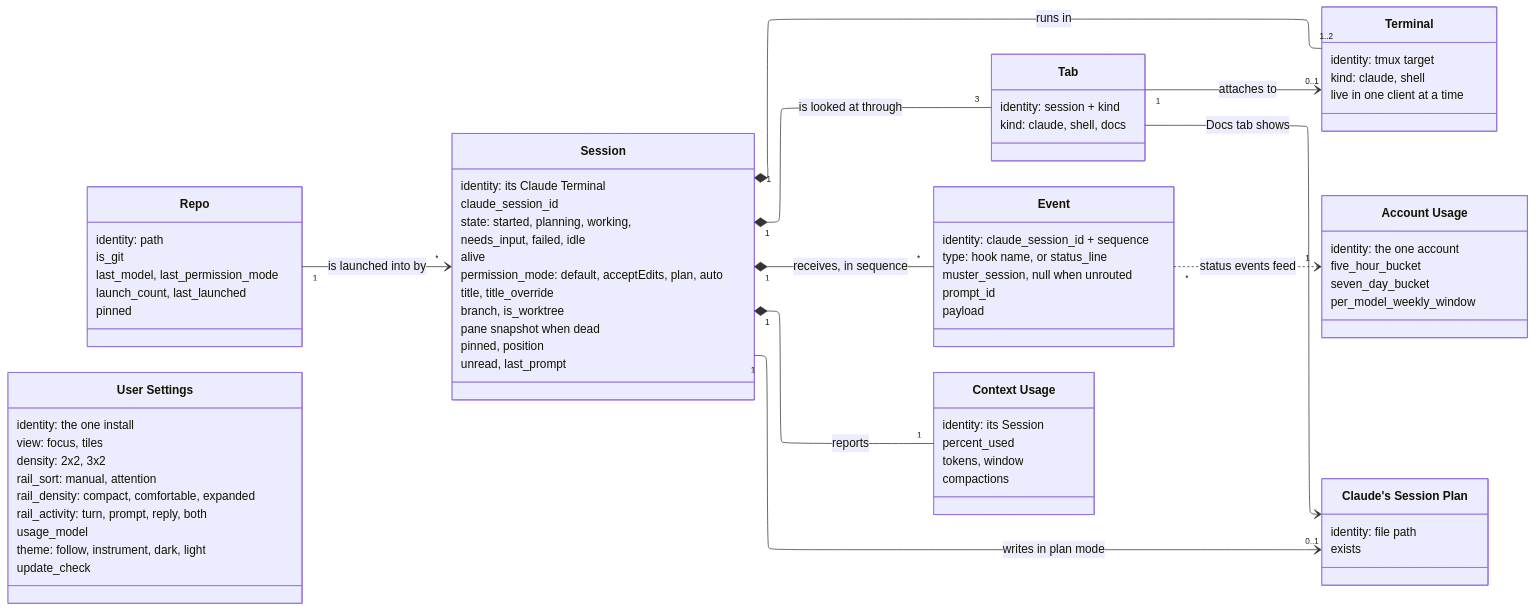
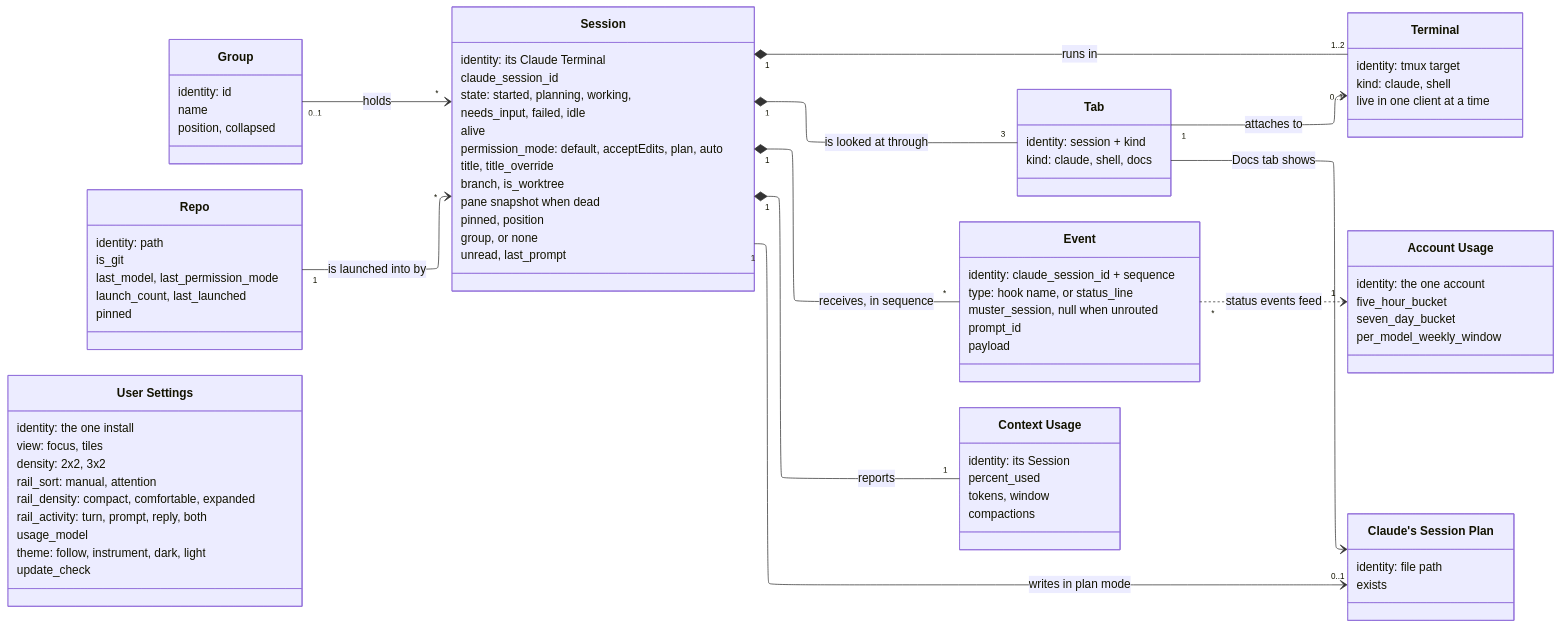
Before and after one commit to Zalaras/muster: the diagram in docs/diagrams/domain-model.md, drawn with Mermaid. The commit also changed other lines of this file and 255 other files, not shown here.

```diff
--- a/docs/diagrams/domain-model.md
+++ b/docs/diagrams/domain-model.md
@@ -48,7 +46,13 @@
         branch, is_worktree
         pane snapshot when dead
         pinned, position
+        group, or none
         unread, last_prompt
+    }
+    class Group {
+        identity: id
+        name
+        position, collapsed
     }
     class Repo {
         identity: path
@@ -101,6 +105,7 @@
         update_check
     }
     Repo "1" --> "*" Session : is launched into by
+    Group "0..1" --> "*" Session : holds
     Session "1" *-- "1..2" Terminal : runs in
     Session "1" *-- "*" Event : receives, in sequence
     Session "1" *-- "1" ContextUsage : reports
```
